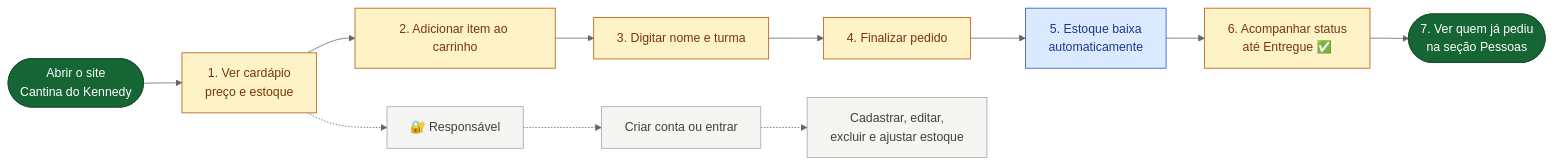
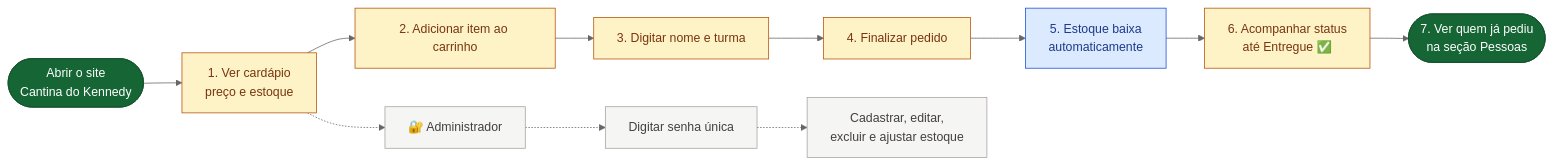
Before and after one commit to afonsomiguel700/cantina-kennedy: the diagram in fluxograma-simples.md, drawn with Mermaid (neutral theme). The commit also changed 8 other files, not shown here.

Commit message:
Troca cadastro livre por senha única do administrador

````diff
--- a/fluxograma-simples.md
+++ b/fluxograma-simples.md
@@ -12,26 +12,26 @@
 ```mermaid
 flowchart LR
     A(["Abrir o site<br/>Cantina do Kennedy"])
     B["1. Ver cardápio<br/>preço e estoque"]
     C["2. Adicionar item ao carrinho"]
     D["3. Digitar nome e turma"]
     E["4. Finalizar pedido"]
     F["5. Estoque baixa<br/>automaticamente"]
     G["6. Acompanhar status<br/>até Entregue ✅"]
     H(["7. Ver quem já pediu<br/>na seção Pessoas"])
 
     A --> B --> C --> D --> E --> F --> G --> H
 
-    B -.-> I["🔐 Responsável"]
-    I -.-> J["Criar conta ou entrar"]
+    B -.-> I["🔐 Administrador"]
+    I -.-> J["Digitar senha única"]
     J -.-> K["Cadastrar, editar,<br/>excluir e ajustar estoque"]
 
     classDef inicio fill:#166534,stroke:#14532d,color:#ffffff;
     classDef acao fill:#fef3c7,stroke:#b45309,color:#78350f;
     classDef salvo fill:#dbeafe,stroke:#1d4ed8,color:#1e3a8a;
     classDef extra fill:#f5f5f4,stroke:#a8a29e,color:#44403c;
     class A,H inicio;
     class B,C,D,E,G acao;
     class F salvo;
     class I,J,K extra;
 ```
````
